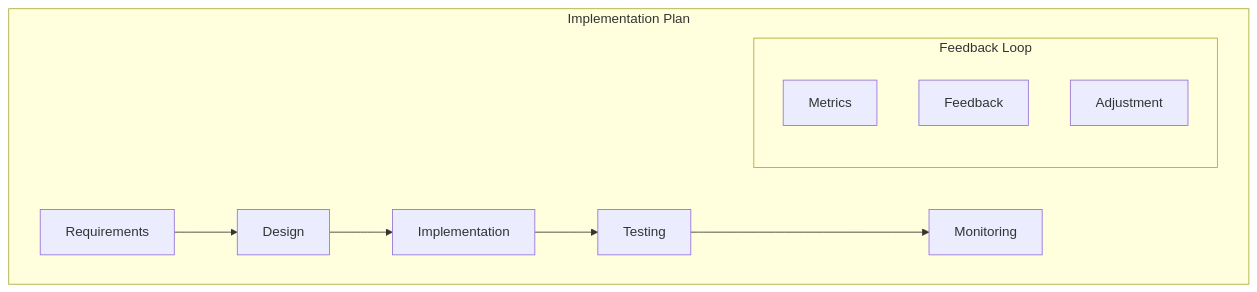
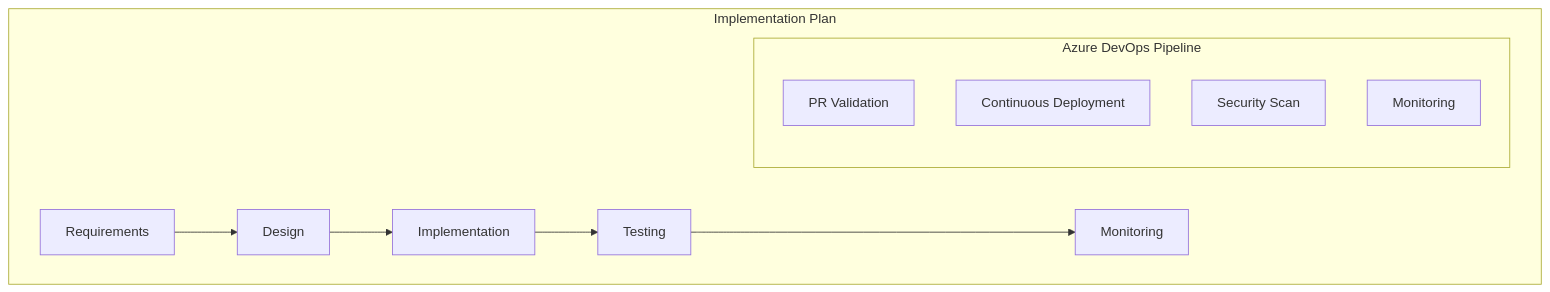
One commit to saravanakumarrc/Architecture_Journey changed the seventh of 7 diagrams in src/System_Design_Principles_and_Patterns.md. Above: the diagram before and after it, drawn with Mermaid. The commit also changed other lines of this file and 3 other files, not shown here.

Commit message:
Enhance documentation for Security by Design Principles and Multi-region Deployment Strategies; add comprehensive overviews, core concepts, implementation patterns, and best practices for improved clarity and guidance.

````diff
--- a/src/System_Design_Principles_and_Patterns.md
+++ b/src/System_Design_Principles_and_Patterns.md
@@ -256,15 +233,16 @@
 ```mermaid
 graph TB
     subgraph "Implementation Plan"
         R[Requirements] --> D[Design]
         D --> I[Implementation]
         I --> T[Testing]
         T --> M[Monitoring]
         
-        subgraph "Feedback Loop"
-            MI[Metrics]
-            FD[Feedback]
-            AD[Adjustment]
+        subgraph "Azure DevOps Pipeline"
+            PR[PR Validation]
+            CD[Continuous Deployment]
+            SEC[Security Scan]
+            MON[Monitoring]
         end
     end
 ```
````
